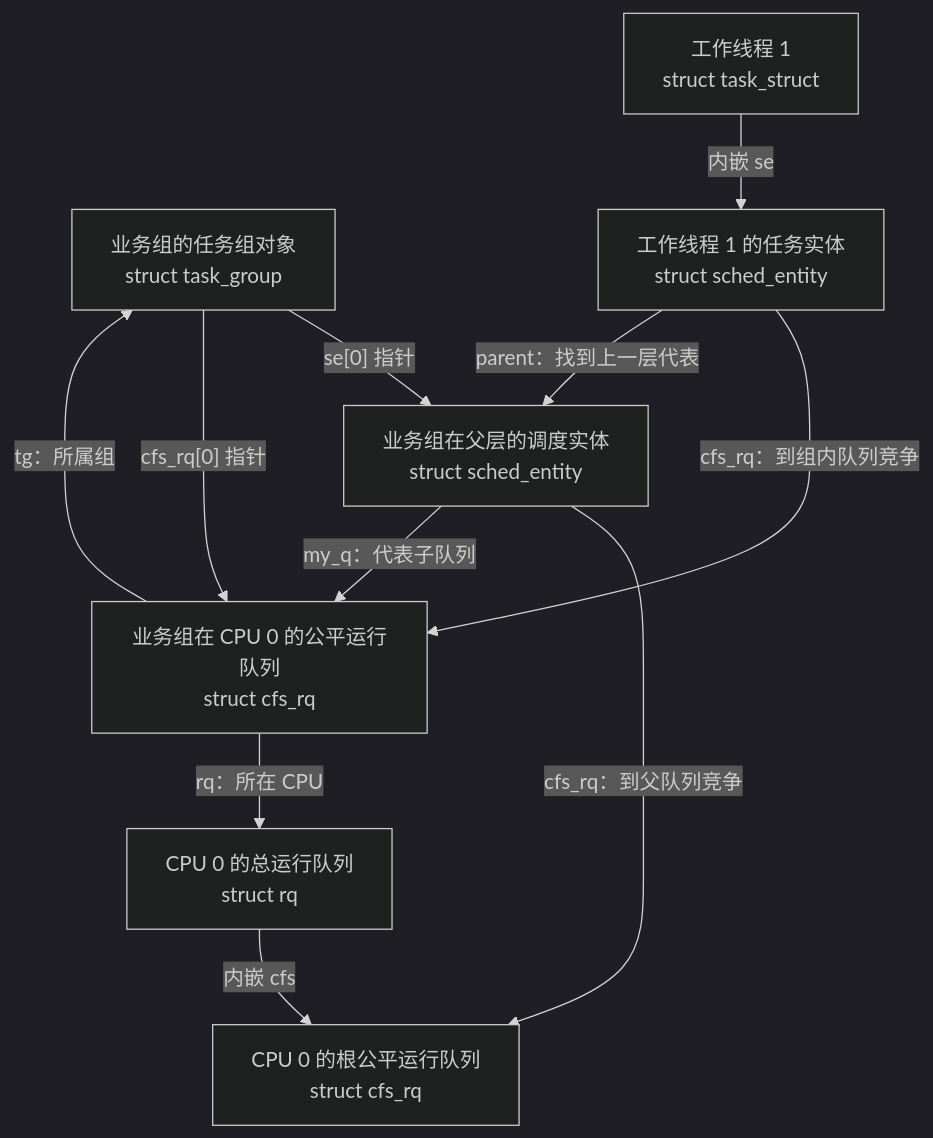
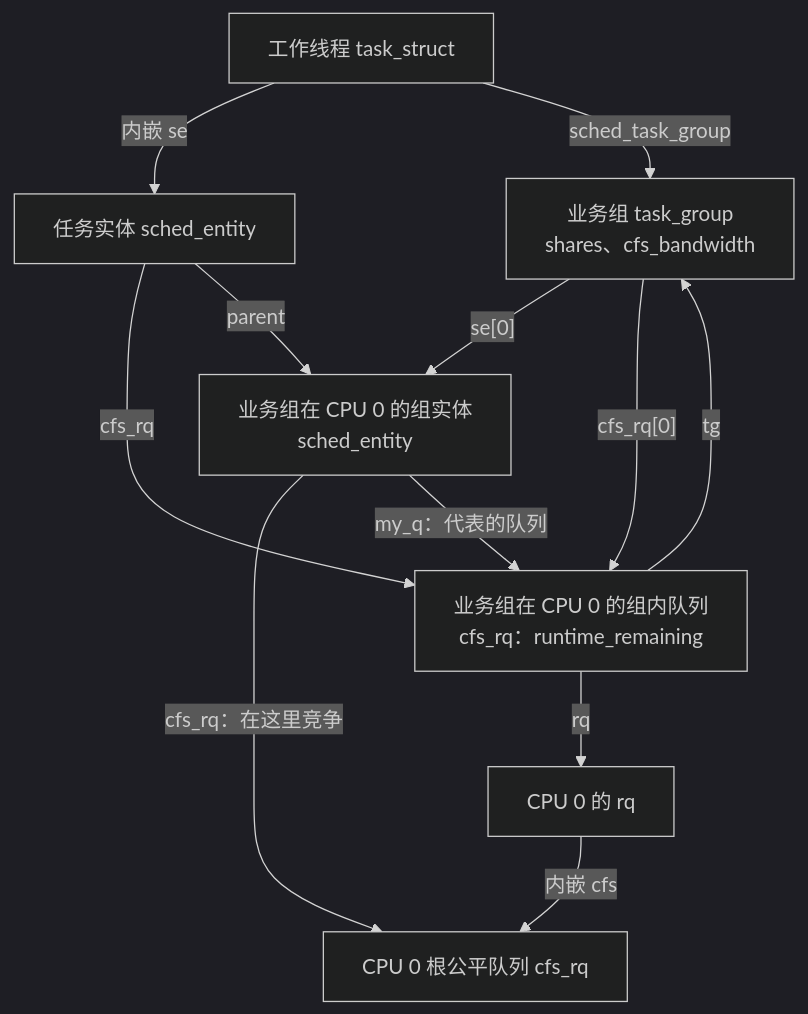
Before and after one commit to linuxperf/linux-study: the third of 7 diagrams in interview/sched/cgroup2.md, drawn with Mermaid (dark theme). The commit also changed other lines of this file and 4 other files, not shown here.

````diff
--- a/interview/sched/cgroup2.md
+++ b/interview/sched/cgroup2.md
@@ -430,13 +322,14 @@
 ```mermaid
 flowchart TD
-    TG["业务组的任务组对象<br/>struct task_group"] -->|"se[0] 指针"| ASE["业务组在父层的调度实体<br/>struct sched_entity"]
-    TG -->|"cfs_rq[0] 指针"| AQ["业务组在 CPU 0 的公平运行队列<br/>struct cfs_rq"]
-    RQ["CPU 0 的总运行队列<br/>struct rq"] -->|"内嵌 cfs"| ROOT["CPU 0 的根公平运行队列<br/>struct cfs_rq"]
-    ASE -->|"cfs_rq：到父队列竞争"| ROOT
-    ASE -->|"my_q：代表子队列"| AQ
-    TASK["工作线程 1<br/>struct task_struct"] -->|"内嵌 se"| TSE["工作线程 1 的任务实体<br/>struct sched_entity"]
-    TSE -->|"cfs_rq：到组内队列竞争"| AQ
-    TSE -->|"parent：找到上一层代表"| ASE
-    AQ -->|"tg：所属组"| TG
-    AQ -->|"rq：所在 CPU"| RQ
+    TG["业务组 task_group<br/>shares、cfs_bandwidth"] -->|"se[0]"| ASE["业务组在 CPU 0 的组实体<br/>sched_entity"]
+    TG -->|"cfs_rq[0]"| AQ["业务组在 CPU 0 的组内队列<br/>cfs_rq：runtime_remaining"]
+    RQ["CPU 0 的 rq"] -->|"内嵌 cfs"| ROOT["CPU 0 根公平队列 cfs_rq"]
+    ASE -->|"cfs_rq：在这里竞争"| ROOT
+    ASE -->|"my_q：代表的队列"| AQ
+    TASK["工作线程 task_struct"] -->|"内嵌 se"| TSE["任务实体 sched_entity"]
+    TASK -->|"sched_task_group"| TG
+    TSE -->|"cfs_rq"| AQ
+    TSE -->|"parent"| ASE
+    AQ -->|"tg"| TG
+    AQ -->|"rq"| RQ
 ```
````
